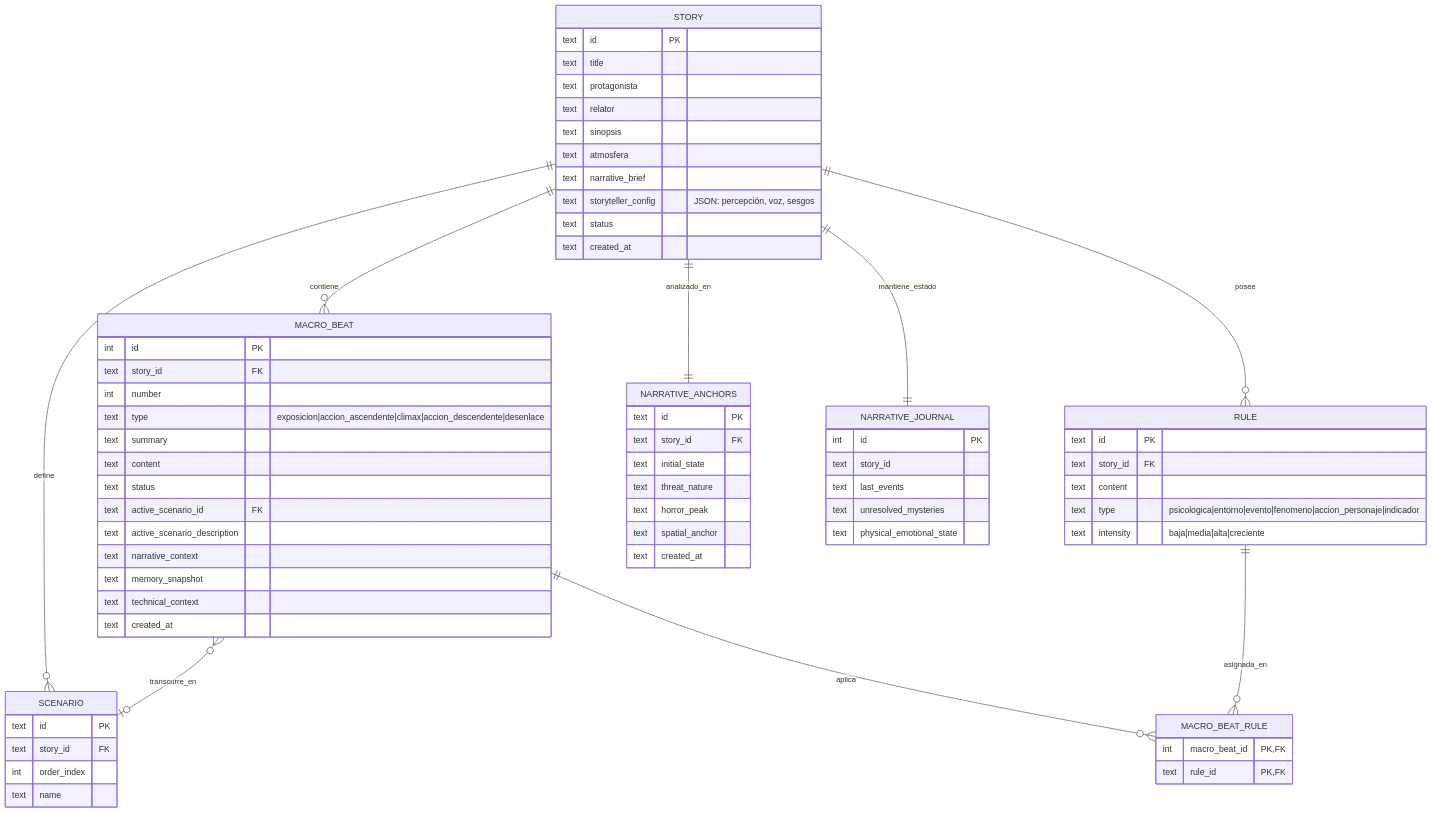
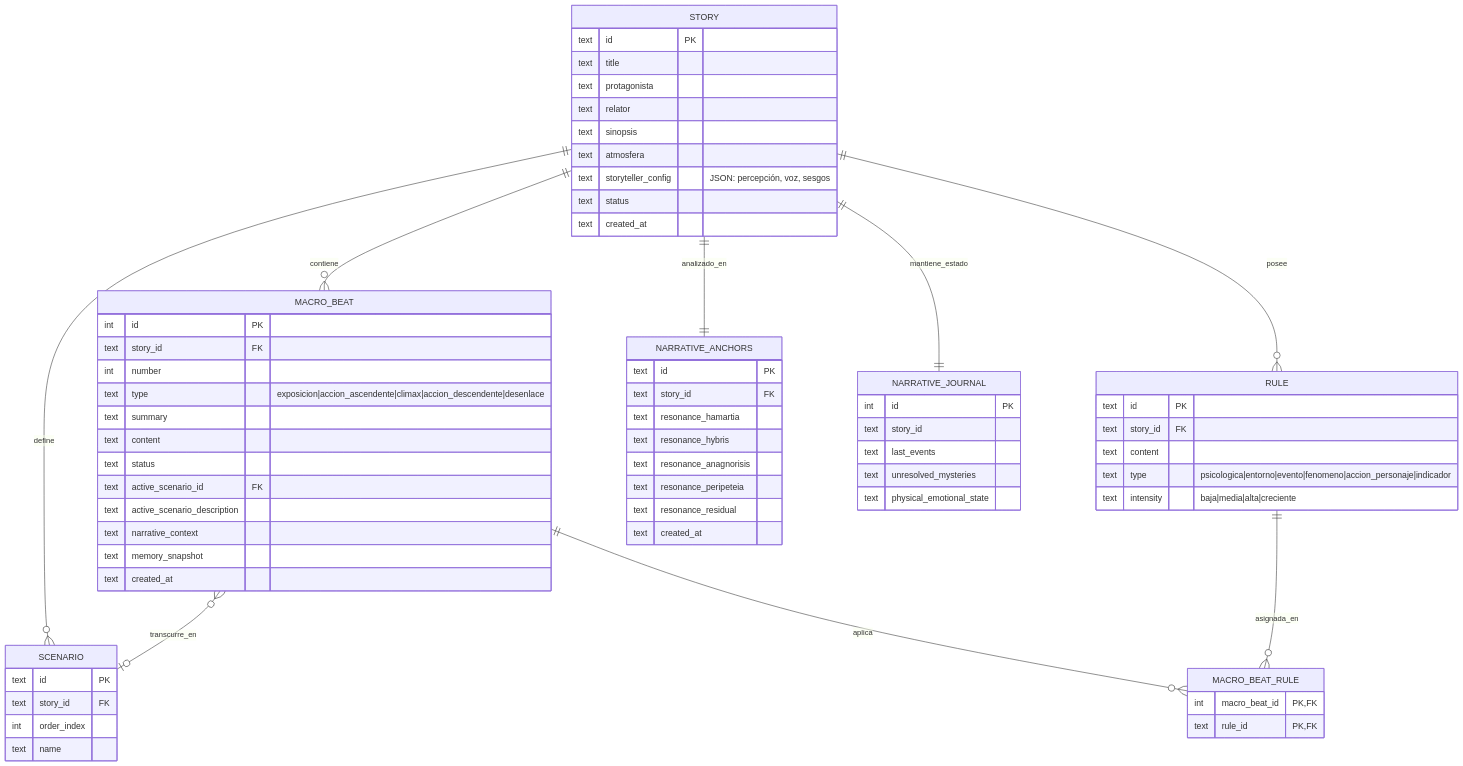
The fourth of 4 diagrams in README.md (rledesma912/automated_narrative), drawn with Mermaid before and after one commit. The commit also changed other lines of this file and 25 other files, not shown here.

````diff
--- a/README.md
+++ b/README.md
@@ -228,79 +294,78 @@
 ```mermaid
 erDiagram
     STORY ||--o{ MACRO_BEAT : contiene
     STORY ||--o{ SCENARIO : define
     STORY ||--o{ RULE : posee
     STORY ||--|| NARRATIVE_ANCHORS : analizado_en
     STORY ||--|| NARRATIVE_JOURNAL : mantiene_estado
-    
+
     MACRO_BEAT }o--o| SCENARIO : transcurre_en
     MACRO_BEAT ||--o{ MACRO_BEAT_RULE : aplica
     RULE ||--o{ MACRO_BEAT_RULE : asignada_en
 
     STORY {
         text id PK
         text title
         text protagonista
         text relator
         text sinopsis
         text atmosfera
-        text narrative_brief
         text storyteller_config "JSON: percepción, voz, sesgos"
         text status
         text created_at
     }
 
     RULE {
         text id PK
         text story_id FK
         text content
         text type "psicologica|entorno|evento|fenomeno|accion_personaje|indicador"
         text intensity "baja|media|alta|creciente"
     }
 
     SCENARIO {
         text id PK
         text story_id FK
         int order_index
         text name
     }
 
     NARRATIVE_ANCHORS {
         text id PK
         text story_id FK
-        text initial_state
-        text threat_nature
-        text horror_peak
-        text spatial_anchor
+        text resonance_hamartia
+        text resonance_hybris
+        text resonance_anagnorisis
+        text resonance_peripeteia
+        text resonance_residual
         text created_at
     }
 
     MACRO_BEAT {
         int id PK
         text story_id FK
         int number
         text type "exposicion|accion_ascendente|climax|accion_descendente|desenlace"
         text summary
         text content
         text status
         text active_scenario_id FK
         text active_scenario_description
         text narrative_context
         text memory_snapshot
-        text technical_context
         text created_at
     }
 
     MACRO_BEAT_RULE {
         int macro_beat_id PK, FK
         text rule_id PK, FK
     }
 
     NARRATIVE_JOURNAL {
         int id PK
         text story_id
         text last_events
         text unresolved_mysteries
         text physical_emotional_state
     }
 ```
````
